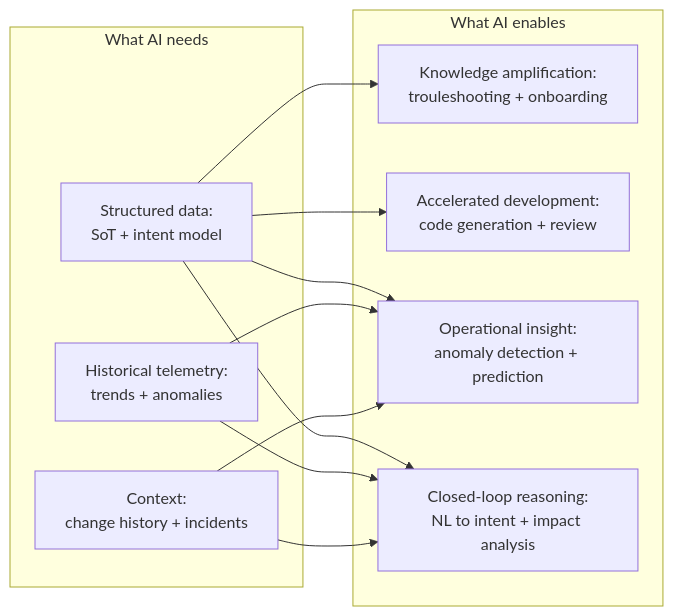
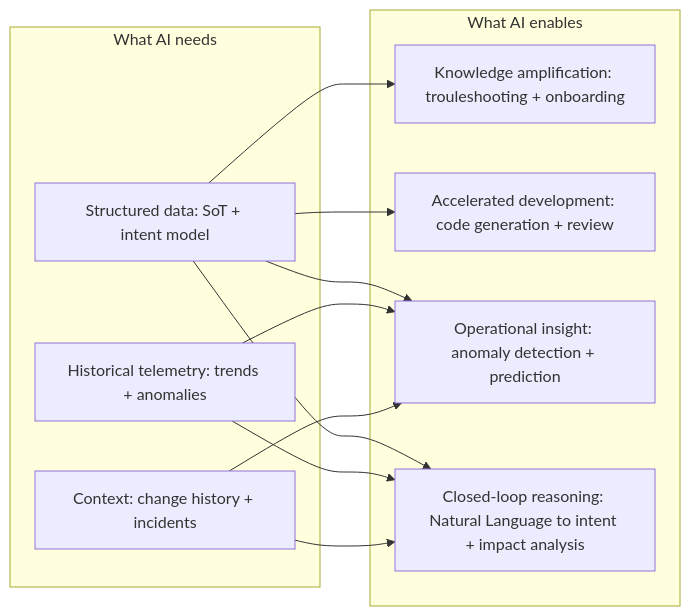
One commit to ppklau/network_automation_handbook changed the diagram in 11-advanced-topics/ai-driven-operations/chapter.md. Above: the diagram before and after it, drawn with Mermaid. The commit also changed 12 other files, not shown here.

Commit message:
Adjusted mermaid diagrams.

````diff
--- a/11-advanced-topics/ai-driven-operations/chapter.md
+++ b/11-advanced-topics/ai-driven-operations/chapter.md
@@ -24,24 +24,24 @@
 ```mermaid
 graph LR
     subgraph "What AI needs"
-        SD["Structured data:<br>SoT + intent model"]
-        HIS["Historical telemetry:<br>trends + anomalies"]
-        CTX["Context:<br>change history + incidents"]
+        SD["Structured data: SoT + intent model"]
+        HIS["Historical telemetry: trends + anomalies"]
+        CTX["Context: change history + incidents"]
     end
 
     subgraph "What AI enables"
-        KA["Knowledge amplification:<br>trouleshooting + onboarding"]
-        AD["Accelerated development:<br>code generation + review"]
-        INS["Operational insight:<br>anomaly detection + prediction"]
-        CL["Closed-loop reasoning:<br>NL to intent + impact analysis"]
+        KA["Knowledge amplification: trouleshooting + onboarding"]
+        AD["Accelerated development: code generation + review"]
+        INS["Operational insight: anomaly detection + prediction"]
+        CL["Closed-loop reasoning: Natural Language to intent + impact analysis"]
     end
 
     SD --> KA
     SD --> AD
     SD --> INS
     SD --> CL
     HIS --> INS
     HIS --> CL
     CTX --> INS
     CTX --> CL
 ```
````
